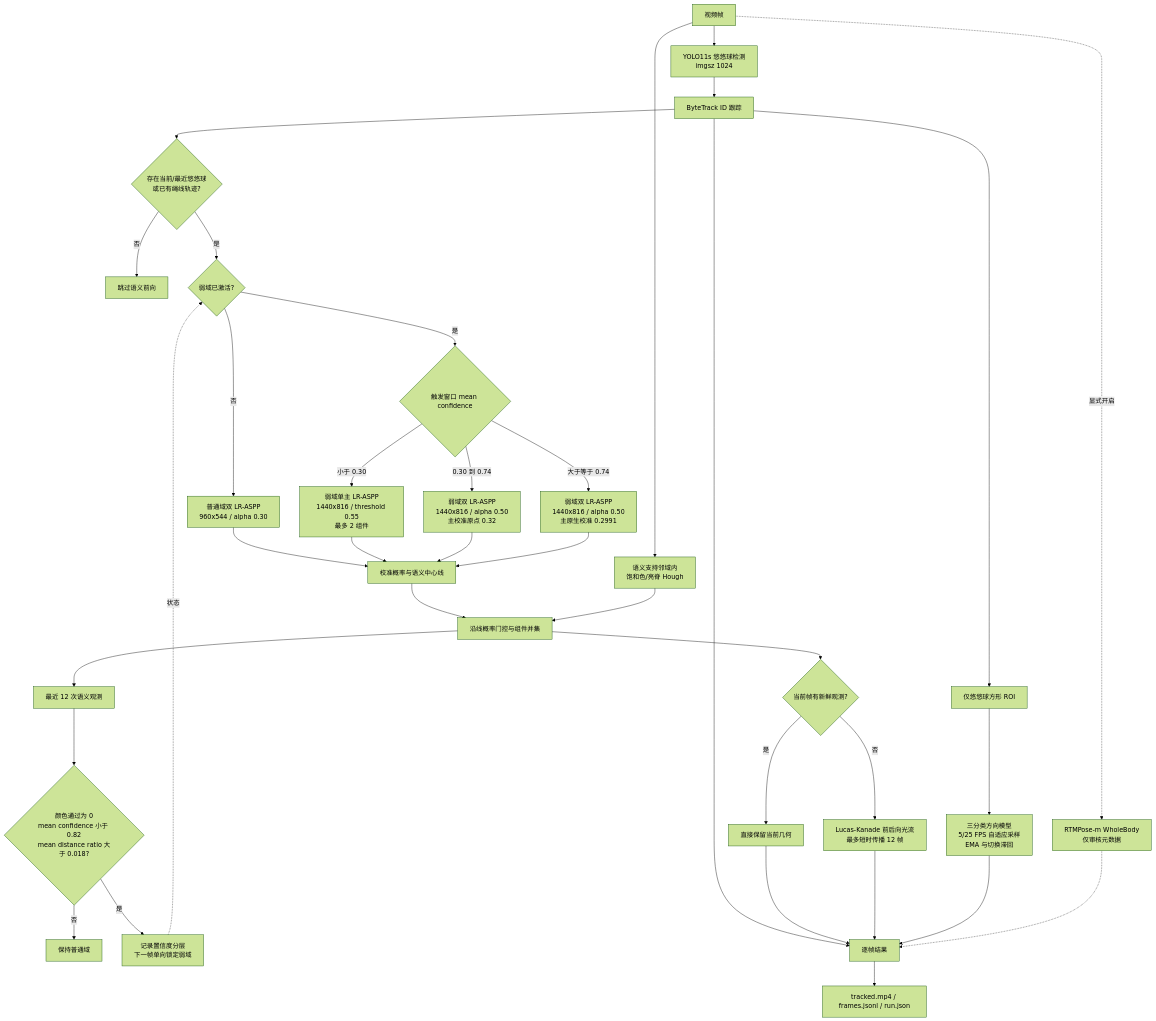
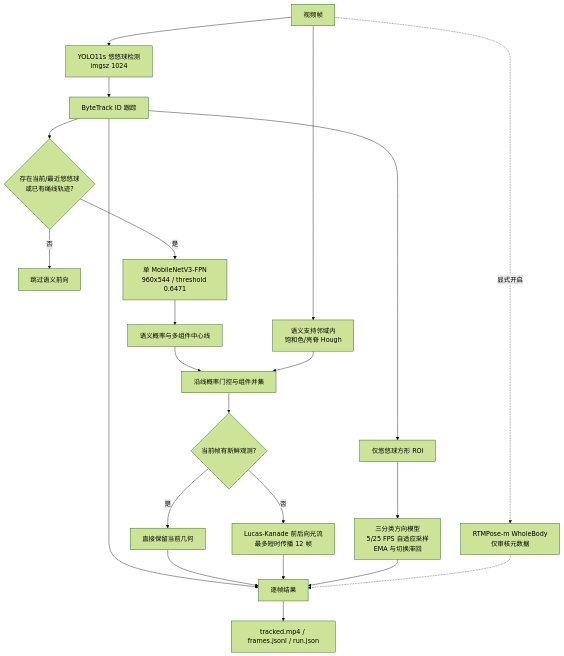
One commit to EvannZhongg/YoYo-Model changed the diagram in reports/architecture_pipeline.md. Above: the diagram before and after it, drawn with Mermaid (forest theme). The commit also changed other lines of this file and 10 other files, not shown here.

Commit message:
promote MobileNetV3 FPN string model

````diff
--- a/reports/architecture_pipeline.md
+++ b/reports/architecture_pipeline.md
@@ -5,42 +5,28 @@
 ```mermaid
 flowchart TD
     A[视频帧] --> B[YOLO11s 悠悠球检测<br/>imgsz 1024]
     B --> C[ByteTrack ID 跟踪]
 
     C --> D{存在当前/最近悠悠球<br/>或已有绳线轨迹?}
     D -->|否| E[跳过语义前向]
-    D -->|是| F{弱域已激活?}
-    F -->|否| G[普通域双 LR-ASPP<br/>960x544 / alpha 0.30]
-    F -->|是| H{触发窗口 mean confidence}
-    H -->|小于 0.30| I[弱域单主 LR-ASPP<br/>1440x816 / threshold 0.55<br/>最多 2 组件]
-    H -->|0.30 到 0.74| J[弱域双 LR-ASPP<br/>1440x816 / alpha 0.50<br/>主校准原点 0.32]
-    H -->|大于等于 0.74| K[弱域双 LR-ASPP<br/>1440x816 / alpha 0.50<br/>主原生校准 0.2991]
+    D -->|是| F[单 MobileNetV3-FPN<br/>960x544 / threshold 0.6471]
+    F --> G[语义概率与多组件中心线]
+    A --> H[语义支持邻域内<br/>饱和色/亮脊 Hough]
+    G --> I[沿线概率门控与组件并集]
+    H --> I
 
-    G --> L[校准概率与语义中心线]
-    I --> L
-    J --> L
-    K --> L
-    A --> M[语义支持邻域内<br/>饱和色/亮脊 Hough]
-    L --> N[沿线概率门控与组件并集]
-    M --> N
-    N --> O[最近 12 次语义观测]
-    O --> P{颜色通过为 0<br/>mean confidence 小于 0.82<br/>mean distance ratio 大于 0.018?}
-    P -->|否| Q[保持普通域]
-    P -->|是| R[记录置信度分层<br/>下一帧单向锁定弱域]
-    R -. 状态 .-> F
+    I --> J{当前帧有新鲜观测?}
+    J -->|是| K[直接保留当前几何]
+    J -->|否| L[Lucas-Kanade 前后向光流<br/>最多短时传播 12 帧]
 
-    N --> S{当前帧有新鲜观测?}
-    S -->|是| T[直接保留当前几何]
-    S -->|否| U[Lucas-Kanade 前后向光流<br/>最多短时传播 12 帧]
+    C --> M[仅悠悠球方形 ROI]
+    M --> N[三分类方向模型<br/>5/25 FPS 自适应采样<br/>EMA 与切换滞回]
+    A -. 显式开启 .-> O[RTMPose-m WholeBody<br/>仅审核元数据]
 
-    C --> V[仅悠悠球方形 ROI]
-    V --> W[三分类方向模型<br/>5/25 FPS 自适应采样<br/>EMA 与切换滞回]
-    A -. 显式开启 .-> X[RTMPose-m WholeBody<br/>仅审核元数据]
-
-    C --> Y[逐帧结果]
-    T --> Y
-    U --> Y
-    W --> Y
-    X -.-> Y
-    Y --> Z[tracked.mp4 / frames.jsonl / run.json]
+    C --> P[逐帧结果]
+    K --> P
+    L --> P
+    N --> P
+    O -.-> P
+    P --> Q[tracked.mp4 / frames.jsonl / run.json]
 ```
````
